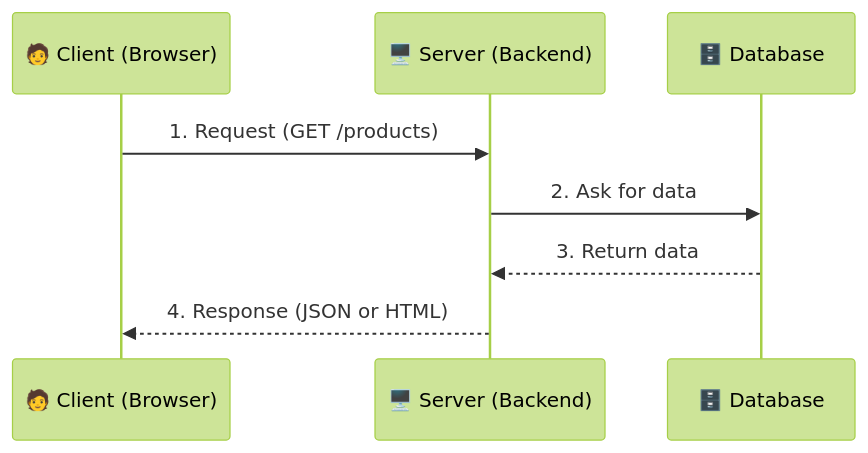
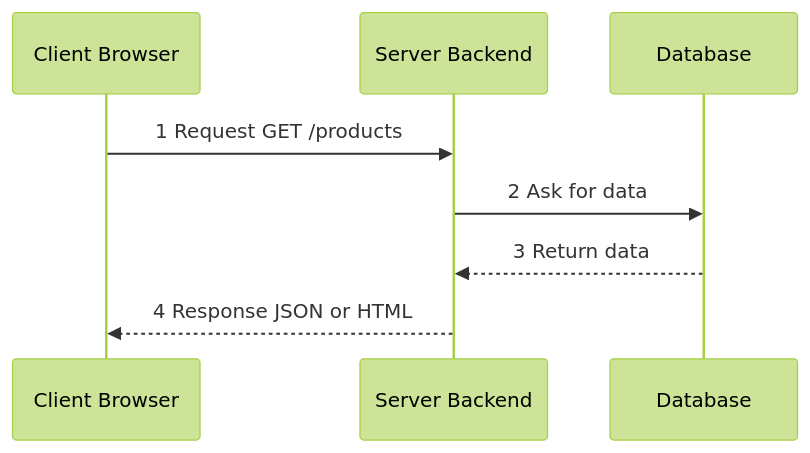
The second of 9 diagrams in 01-web-fundamentals/README.md (saikot05/backend-zero-to-expert), drawn with Mermaid (forest theme) before and after one commit. The commit also changed other lines of this file, not shown here.

Commit message:
docs: simplify all mermaid diagrams in 01 part 1

````diff
--- a/01-web-fundamentals/README.md
+++ b/01-web-fundamentals/README.md
@@ -81,10 +79,10 @@
 ```mermaid
 sequenceDiagram
-    participant C as 🧑 Client (Browser)
-    participant S as 🖥️ Server (Backend)
-    participant D as 🗄️ Database
-    C->>S: 1. Request (GET /products)
-    S->>D: 2. Ask for data
-    D-->>S: 3. Return data
-    S-->>C: 4. Response (JSON or HTML)
+    participant C as Client Browser
+    participant S as Server Backend
+    participant D as Database
+    C->>S: 1 Request GET /products
+    S->>D: 2 Ask for data
+    D-->>S: 3 Return data
+    S-->>C: 4 Response JSON or HTML
 ```
````
